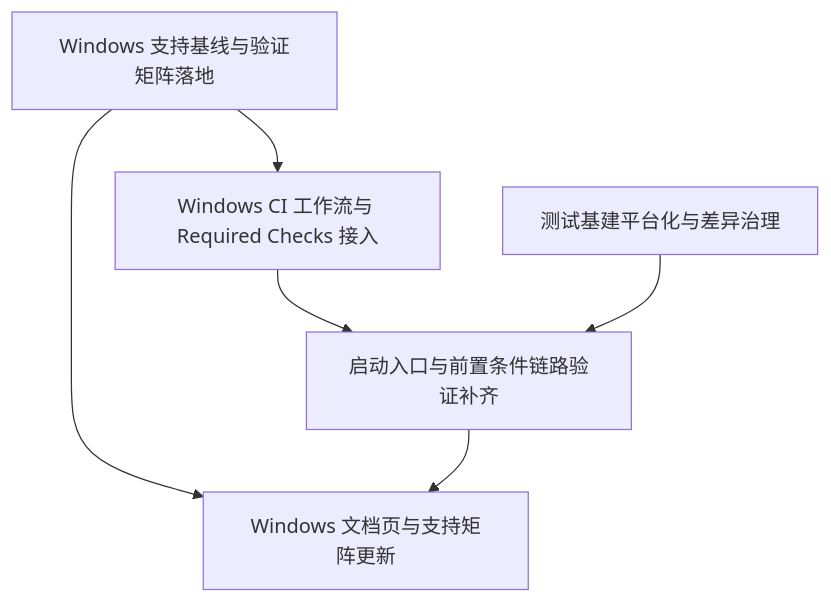
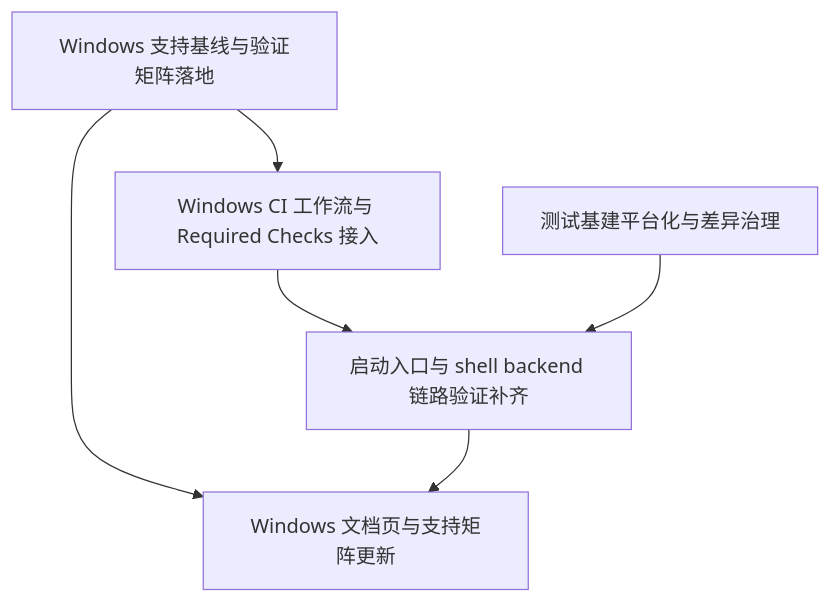
The second of 2 diagrams in docs/rfcs/0020-windows-validation-ci-and-docs.md (nex-agi/NexAU), drawn with Mermaid before and after one commit. The commit also changed other lines of this file and 103 other files, not shown here.

````diff
--- a/docs/rfcs/0020-windows-validation-ci-and-docs.md
+++ b/docs/rfcs/0020-windows-validation-ci-and-docs.md
@@ -200,14 +204,14 @@
 ```mermaid
 graph TD
   T1[Windows 支持基线与验证矩阵落地]
   T2[Windows CI 工作流与 Required Checks 接入]
   T3[测试基建平台化与差异治理]
-  T4[启动入口与前置条件链路验证补齐]
+  T4[启动入口与 shell backend 链路验证补齐]
   T5[Windows 文档页与支持矩阵更新]
 
   T1 --> T2
   T1 --> T5
   T2 --> T4
   T3 --> T4
   T4 --> T5
 ```
````
